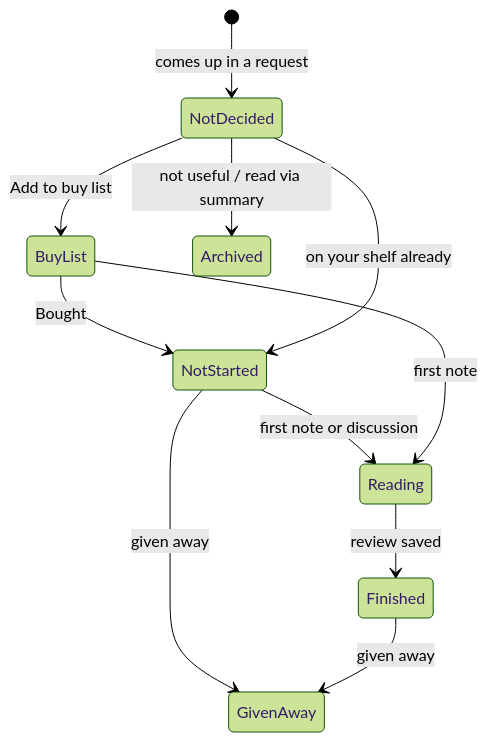
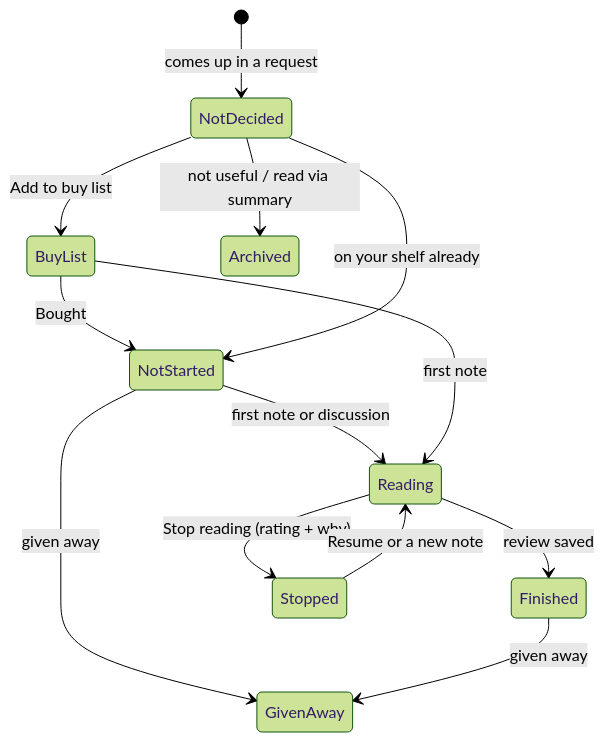
The diagram in docs/HOW-IT-WORKS.md (NithinT1/book-hub), drawn with Mermaid (forest theme) before and after one commit. The commit also changed other lines of this file and 18 other files, not shown here.

First line of the commit message:
2.11.0: Stopped status; summary reading view and richer summaries

````diff
--- a/docs/HOW-IT-WORKS.md
+++ b/docs/HOW-IT-WORKS.md
@@ -30,13 +30,15 @@
 ```mermaid
 stateDiagram-v2
     [*] --> NotDecided: comes up in a request
     NotDecided --> BuyList: Add to buy list
     BuyList --> NotStarted: Bought
     NotDecided --> NotStarted: on your shelf already
     NotStarted --> Reading: first note or discussion
     BuyList --> Reading: first note
     Reading --> Finished: review saved
+    Reading --> Stopped: Stop reading (rating + why)
+    Stopped --> Reading: Resume or a new note
     NotDecided --> Archived: not useful / read via summary
     NotStarted --> GivenAway: given away
     Finished --> GivenAway: given away
 ```
````
